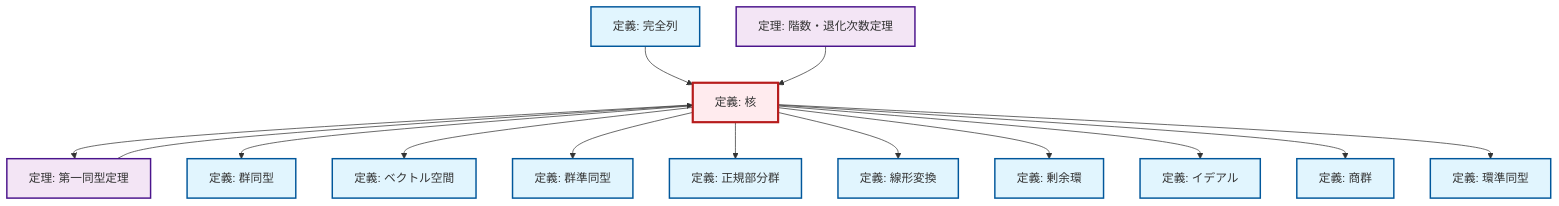
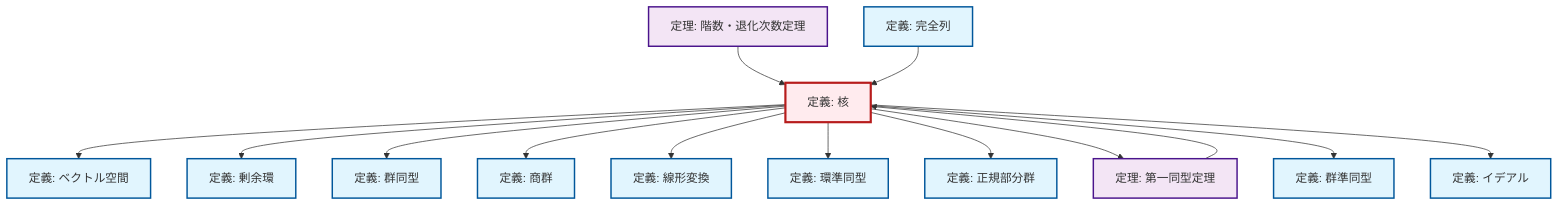
One commit to RK0429/ModernMath changed the diagram in content/ja/algebra/def-kernel.qmd. Above: the diagram before and after it, drawn with Mermaid. The commit also changed other lines of this file and 328 other files, not shown here.

````diff
--- a/content/ja/algebra/def-kernel.qmd
+++ b/content/ja/algebra/def-kernel.qmd
@@ -83,48 +83,48 @@
 ```{mermaid}
 %%| fig-cap: "ローカル依存関係グラフ"
 graph TD
     classDef definition fill:#e1f5fe,stroke:#01579b,stroke-width:2px
     classDef theorem fill:#f3e5f5,stroke:#4a148c,stroke-width:2px
     classDef axiom fill:#fff3e0,stroke:#e65100,stroke-width:2px
     classDef example fill:#e8f5e9,stroke:#1b5e20,stroke-width:2px
     classDef current fill:#ffebee,stroke:#b71c1c,stroke-width:3px
+    def-linear-transformation["定義: 線形変換"]:::definition
+    def-ideal["定義: イデアル"]:::definition
     def-normal-subgroup["定義: 正規部分群"]:::definition
+    def-kernel["定義: 核"]:::definition
+    def-vector-space["定義: ベクトル空間"]:::definition
+    def-isomorphism["定義: 群同型"]:::definition
     thm-rank-nullity["定理: 階数・退化次数定理"]:::theorem
-    def-quotient-group["定義: 商群"]:::definition
-    def-exact-sequence["定義: 完全列"]:::definition
-    def-isomorphism["定義: 群同型"]:::definition
-    def-ring-homomorphism["定義: 環準同型"]:::definition
-    def-linear-transformation["定義: 線形変換"]:::definition
+    def-quotient-ring["定義: 剰余環"]:::definition
     thm-first-isomorphism["定理: 第一同型定理"]:::theorem
     def-homomorphism["定義: 群準同型"]:::definition
-    def-ideal["定義: イデアル"]:::definition
-    def-quotient-ring["定義: 剰余環"]:::definition
-    def-kernel["定義: 核"]:::definition
-    def-vector-space["定義: ベクトル空間"]:::definition
+    def-exact-sequence["定義: 完全列"]:::definition
+    def-quotient-group["定義: 商群"]:::definition
+    def-ring-homomorphism["定義: 環準同型"]:::definition
+    def-kernel --> def-vector-space
+    thm-rank-nullity --> def-kernel
+    def-kernel --> def-quotient-ring
+    thm-first-isomorphism --> def-kernel
+    def-kernel --> def-isomorphism
+    def-kernel --> def-quotient-group
+    def-kernel --> def-linear-transformation
+    def-kernel --> def-ring-homomorphism
+    def-exact-sequence --> def-kernel
+    def-kernel --> def-normal-subgroup
     def-kernel --> thm-first-isomorphism
-    def-kernel --> def-isomorphism
-    thm-first-isomorphism --> def-kernel
-    def-kernel --> def-vector-space
-    def-exact-sequence --> def-kernel
-    thm-rank-nullity --> def-kernel
     def-kernel --> def-homomorphism
-    def-kernel --> def-normal-subgroup
-    def-kernel --> def-linear-transformation
-    def-kernel --> def-quotient-ring
     def-kernel --> def-ideal
-    def-kernel --> def-quotient-group
-    def-kernel --> def-ring-homomorphism
     class def-kernel current
+    click def-linear-transformation "def-linear-transformation.html" "線形変換の定義へ"
+    click def-ideal "def-ideal.html" "イデアルの定義へ"
     click def-normal-subgroup "def-normal-subgroup.html" "正規部分群の定義へ"
+    click def-vector-space "def-vector-space.html" "ベクトル空間の定義へ"
+    click def-isomorphism "def-isomorphism.html" "群同型の定義へ"
     click thm-rank-nullity "thm-rank-nullity.html" "階数・退化次数定理の定理へ"
-    click def-quotient-group "def-quotient-group.html" "商群の定義へ"
-    click def-exact-sequence "def-exact-sequence.html" "完全列の定義へ"
-    click def-isomorphism "def-isomorphism.html" "群同型の定義へ"
-    click def-ring-homomorphism "def-ring-homomorphism.html" "環準同型の定義へ"
-    click def-linear-transformation "def-linear-transformation.html" "線形変換の定義へ"
+    click def-quotient-ring "def-quotient-ring.html" "剰余環の定義へ"
     click thm-first-isomorphism "thm-first-isomorphism.html" "第一同型定理の定理へ"
     click def-homomorphism "def-homomorphism.html" "群準同型の定義へ"
-    click def-ideal "def-ideal.html" "イデアルの定義へ"
-    click def-quotient-ring "def-quotient-ring.html" "剰余環の定義へ"
-    click def-vector-space "def-vector-space.html" "ベクトル空間の定義へ"
+    click def-exact-sequence "def-exact-sequence.html" "完全列の定義へ"
+    click def-quotient-group "def-quotient-group.html" "商群の定義へ"
+    click def-ring-homomorphism "def-ring-homomorphism.html" "環準同型の定義へ"
 ```
````
